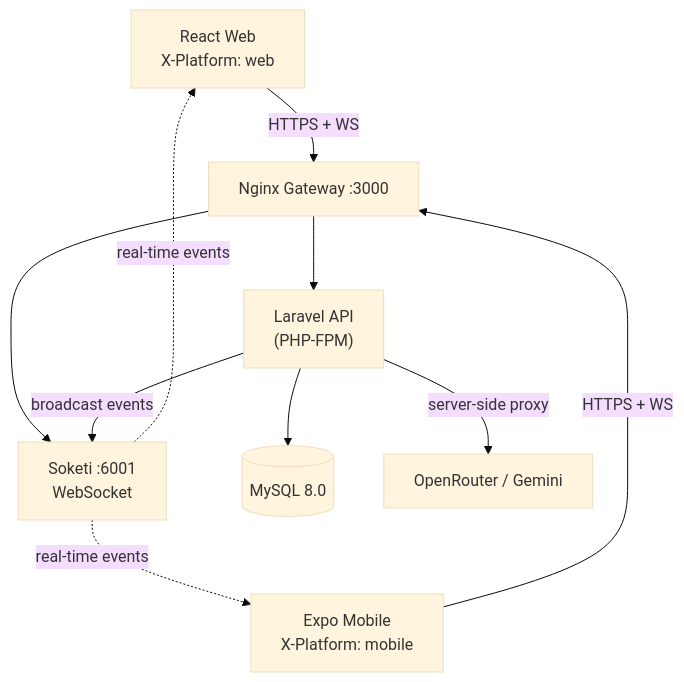
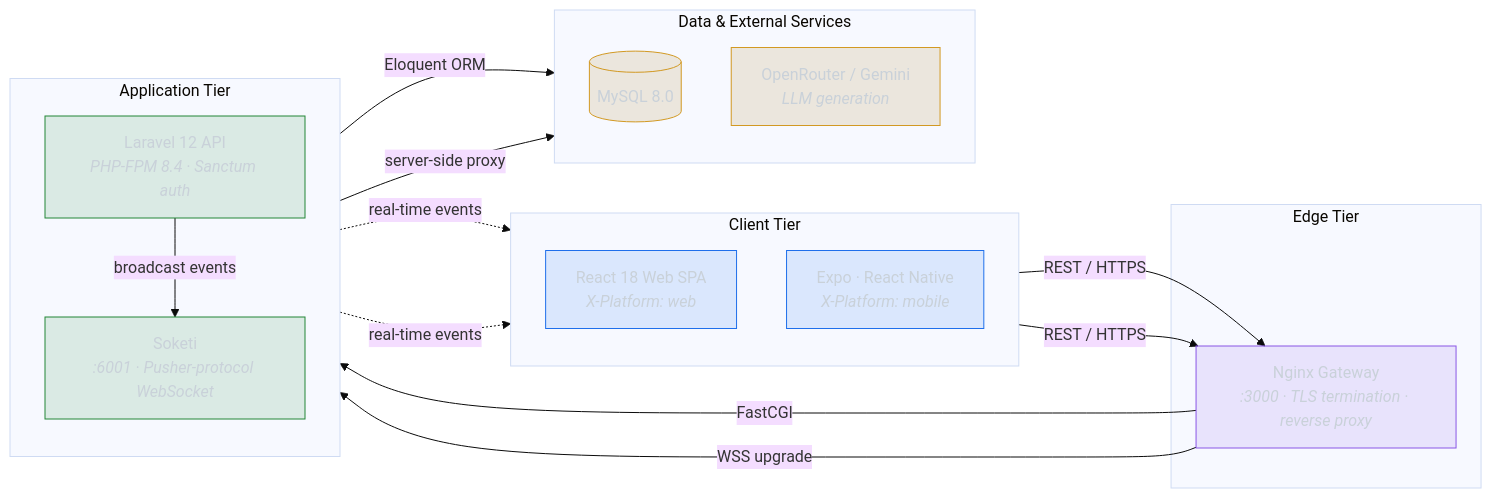
Before and after one commit to ijanvincent/cognivia: the diagram in README.md, drawn with Mermaid (base theme). The commit also changed other lines of this file, not shown here.

Commit message:
docs(readme): redesign architecture diagram (#41)
* docs(readme): redesign architecture diagram with tiered layout

* docs(readme): drop emoji icons from architecture diagram tiers

````diff
--- a/README.md
+++ b/README.md
@@ -164,20 +164,46 @@
 ```mermaid
-flowchart TD
-    Web["React Web<br/>X-Platform: web"]
-    Mobile["Expo Mobile<br/>X-Platform: mobile"]
-    GW["Nginx Gateway&nbsp;:3000"]
-    API["Laravel API<br/>(PHP-FPM)"]
-    Soketi["Soketi&nbsp;:6001<br/>WebSocket"]
-    DB[("MySQL 8.0")]
-    AI["OpenRouter / Gemini"]
+flowchart LR
+    subgraph clients["Client Tier"]
+        direction TB
+        Web["React 18 Web SPA<br/><i>X-Platform: web</i>"]
+        Mobile["Expo · React Native<br/><i>X-Platform: mobile</i>"]
+    end
 
-    Web -->|HTTPS + WS| GW
-    Mobile -->|HTTPS + WS| GW
-    GW --> API
-    GW --> Soketi
-    API --> DB
-    API -->|broadcast events| Soketi
-    API -->|server-side proxy| AI
-    Soketi -.->|real-time events| Web
-    Soketi -.->|real-time events| Mobile
+    subgraph edge["Edge Tier"]
+        GW["Nginx Gateway<br/><i>:3000 · TLS termination · reverse proxy</i>"]
+    end
+
+    subgraph app["Application Tier"]
+        direction TB
+        API["Laravel 12 API<br/><i>PHP-FPM 8.4 · Sanctum auth</i>"]
+        Soketi["Soketi<br/><i>:6001 · Pusher-protocol WebSocket</i>"]
+    end
+
+    subgraph data["Data &amp; External Services"]
+        direction TB
+        DB[("MySQL 8.0")]
+        AI["OpenRouter / Gemini<br/><i>LLM generation</i>"]
+    end
+
+    Web    -- "REST / HTTPS" --> GW
+    Mobile -- "REST / HTTPS" --> GW
+    GW     -- "FastCGI" --> API
+    GW     -- "WSS upgrade" --> Soketi
+
+    API -- "Eloquent ORM" --> DB
+    API -- "broadcast events" --> Soketi
+    API -- "server-side proxy" --> AI
+
+    Soketi -. "real-time events" .-> Web
+    Soketi -. "real-time events" .-> Mobile
+
+    classDef client fill:#1f6feb22,stroke:#1f6feb,stroke-width:1px,color:#c9d1d9;
+    classDef gateway fill:#8957e522,stroke:#8957e5,stroke-width:1px,color:#c9d1d9;
+    classDef service fill:#23863622,stroke:#238636,stroke-width:1px,color:#c9d1d9;
+    classDef store fill:#9e6a0322,stroke:#d29922,stroke-width:1px,color:#c9d1d9;
+
+    class Web,Mobile client;
+    class GW gateway;
+    class API,Soketi service;
+    class DB,AI store;
 ```
````
